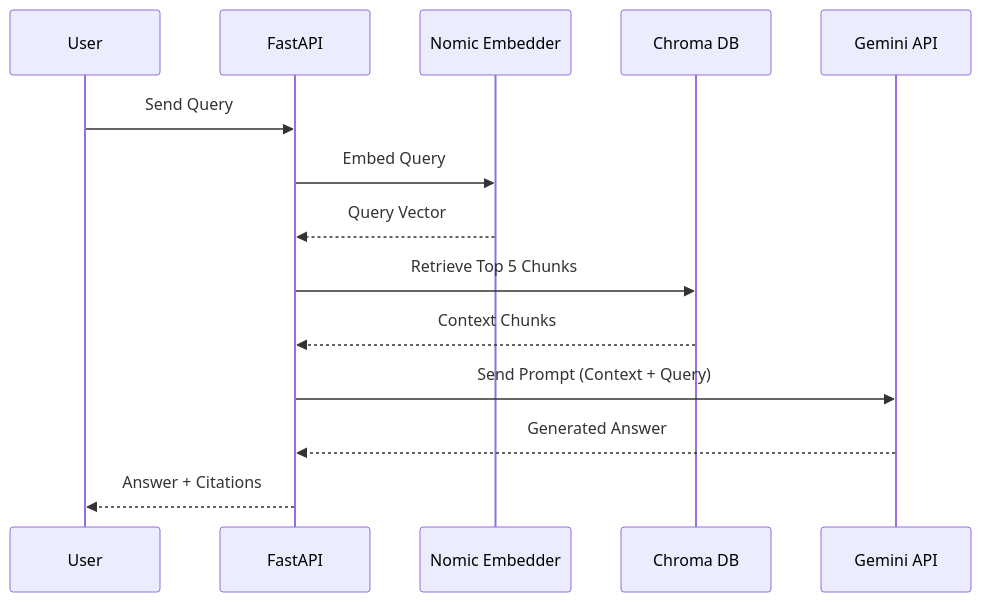
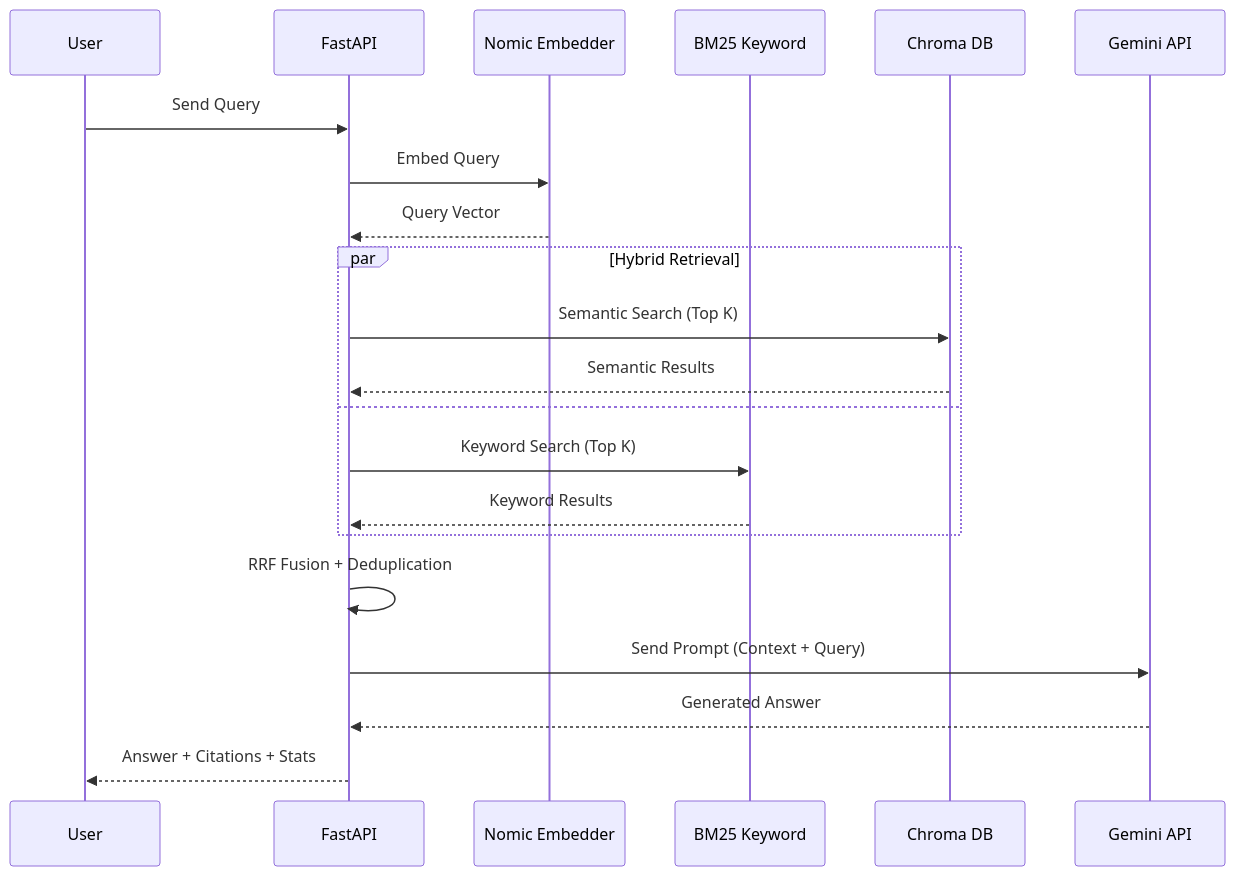
The third of 4 diagrams in README.md (Rajan-vish/AI-RAG-Chatbot), drawn with Mermaid before and after one commit. The commit also changed other lines of this file, not shown here.

````diff
--- a/README.md
+++ b/README.md
@@ -75,17 +77,26 @@
 ```mermaid
 sequenceDiagram
     participant User
     participant API as FastAPI
     participant Embed as Nomic Embedder
+    participant BM25 as BM25 Keyword
     participant DB as Chroma DB
     participant LLM as Gemini API
 
     User->>API: Send Query
     API->>Embed: Embed Query
     Embed-->>API: Query Vector
-    API->>DB: Retrieve Top 5 Chunks
-    DB-->>API: Context Chunks
+    
+    par Hybrid Retrieval
+        API->>DB: Semantic Search (Top K)
+        DB-->>API: Semantic Results
+    and
+        API->>BM25: Keyword Search (Top K)
+        BM25-->>API: Keyword Results
+    end
+    
+    API->>API: RRF Fusion + Deduplication
     API->>LLM: Send Prompt (Context + Query)
     LLM-->>API: Generated Answer
-    API-->>User: Answer + Citations
+    API-->>User: Answer + Citations + Stats
 ```
````
